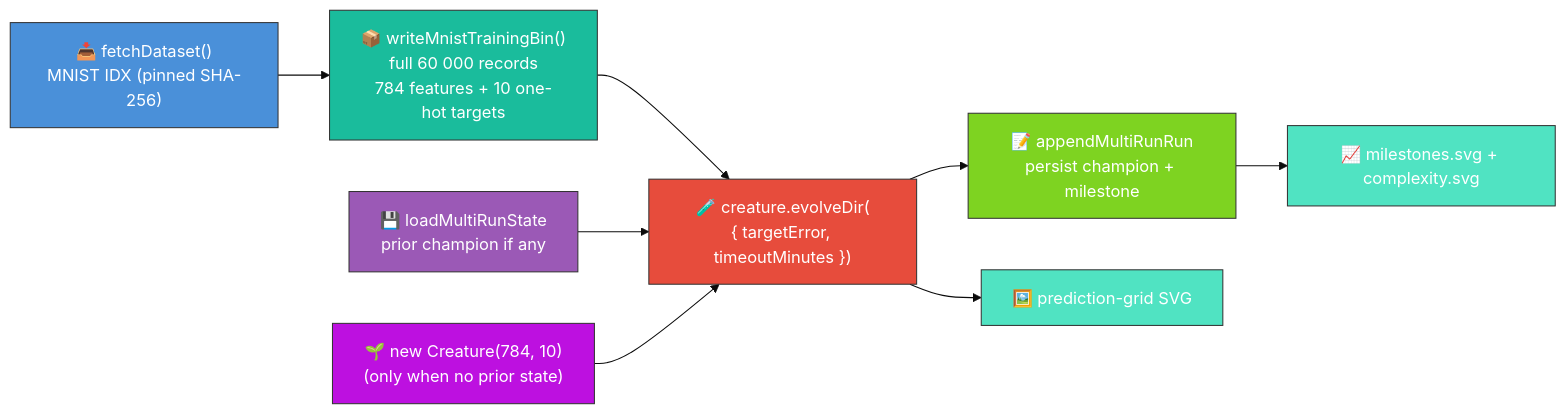
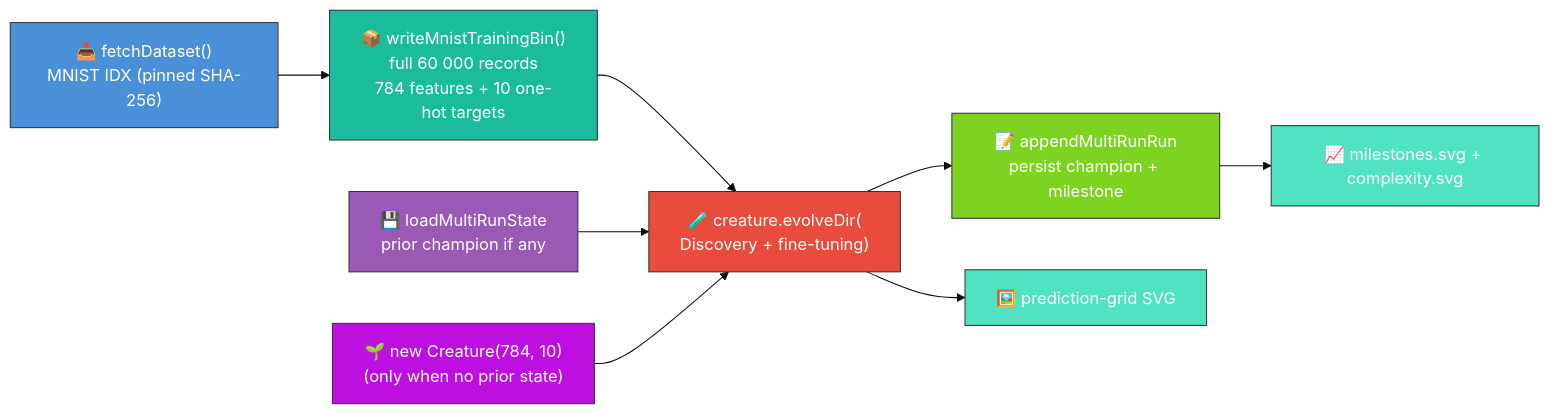
Before and after one commit to stSoftwareAU/NEAT-AI-Examples: the first of 2 diagrams in mnist_classification/README.md, drawn with Mermaid (base theme). The commit also changed other lines of this file and 33 other files, not shown here.

````diff
--- a/mnist_classification/README.md
+++ b/mnist_classification/README.md
@@ -21,26 +20,26 @@
 ```mermaid
 flowchart LR
     DL["📥 fetchDataset()<br/>MNIST IDX (pinned SHA-256)"]
     BIN["📦 writeMnistTrainingBin()<br/>full 60 000 records<br/>784 features + 10 one-hot targets"]
     LOAD["💾 loadMultiRunState<br/>prior champion if any"]
     SEED["🌱 new Creature(784, 10)<br/>(only when no prior state)"]
-    EVOLVE["🧪 creature.evolveDir(<br/>{ targetError, timeoutMinutes })"]
+    EVOLVE["🧪 creature.evolveDir(<br/>Discovery + fine-tuning)"]
     APPEND["📝 appendMultiRunRun<br/>persist champion + milestone"]
     CHARTS["📈 milestones.svg + complexity.svg"]
     GRID["🖼️ prediction-grid SVG"]
     DL --> BIN --> EVOLVE
     LOAD --> EVOLVE
     SEED --> EVOLVE
     EVOLVE --> APPEND
     APPEND --> CHARTS
     EVOLVE --> GRID
 
     style DL fill:#4a90d9,stroke:#333,color:#fff
     style BIN fill:#1abc9c,stroke:#333,color:#fff
     style LOAD fill:#9b59b6,stroke:#333,color:#fff
     style SEED fill:#bd10e0,stroke:#333,color:#fff
     style EVOLVE fill:#e74c3c,stroke:#333,color:#fff
     style APPEND fill:#7ed321,stroke:#333,color:#fff
     style CHARTS fill:#50e3c2,stroke:#333,color:#fff
     style GRID fill:#50e3c2,stroke:#333,color:#fff
 ```
````
